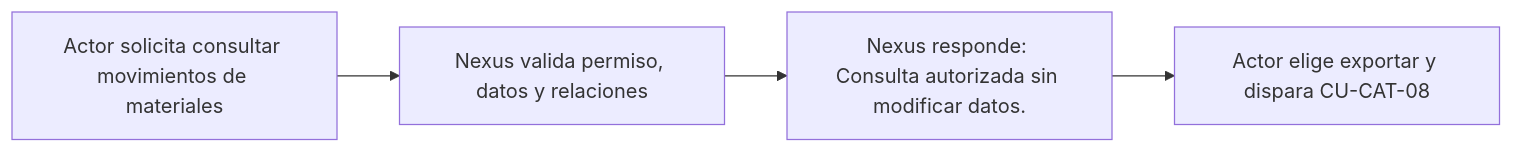
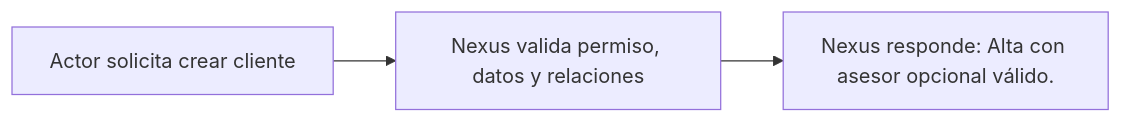
The diagram in docs/requirements/diagrams/catalogs/cu-cat-07.md (gpgsistemas01/nexus), drawn with Mermaid before and after one commit. The commit also changed other lines of this file and 287 other files, not shown here.

````diff
--- a/docs/requirements/diagrams/catalogs/cu-cat-07.md
+++ b/docs/requirements/diagrams/catalogs/cu-cat-07.md
@@ -3,6 +3,5 @@
 ```mermaid
 flowchart LR
-    request["Actor solicita consultar movimientos de materiales"] --> validate["Nexus valida permiso, datos y relaciones"]
-    validate --> result["Nexus responde: Consulta autorizada sin modificar datos."]
-    result --> report["Actor elige exportar y dispara CU-CAT-08"]
+    request["Actor solicita crear cliente"] --> validate["Nexus valida permiso, datos y relaciones"]
+    validate --> result["Nexus responde: Alta con asesor opcional válido."]
 ```
````
